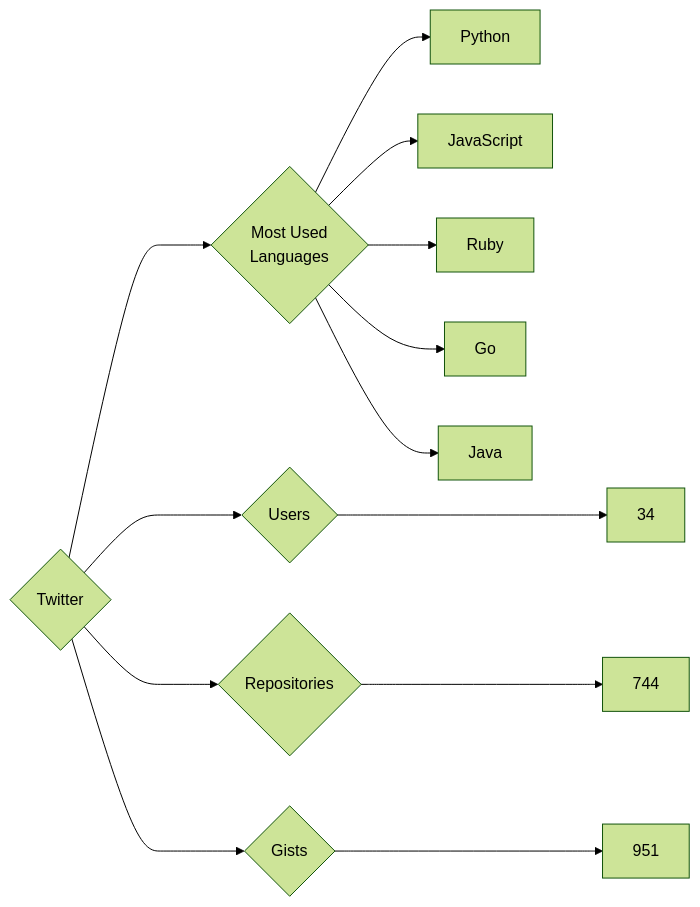
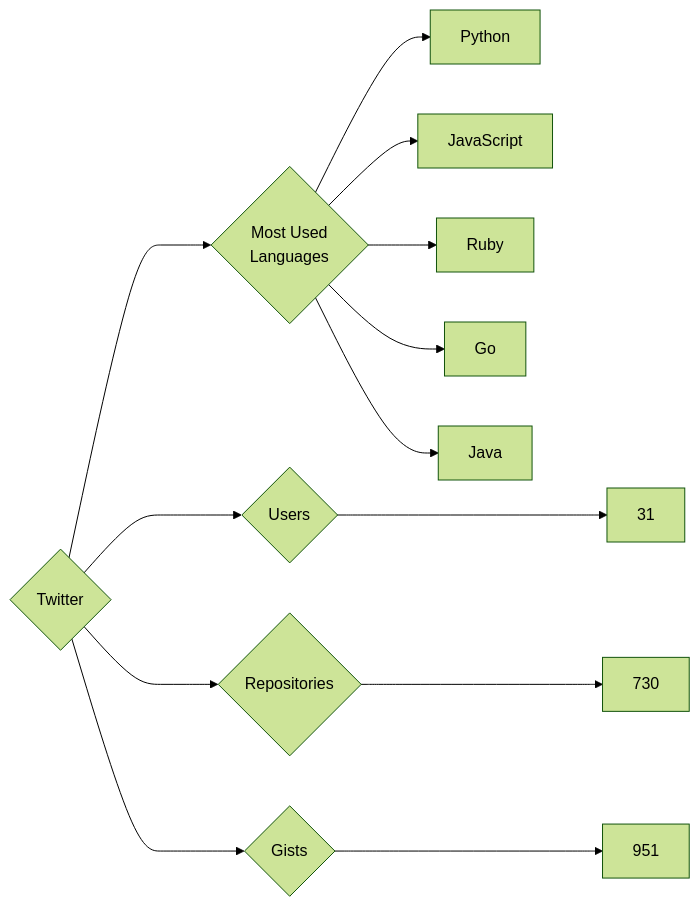
One commit to trickest/insiders changed the diagram in targets/Twitter/README.md. Above: the diagram before and after it, drawn with Mermaid (forest theme). The commit also changed 765 other files, not shown here.

````diff
--- a/targets/Twitter/README.md
+++ b/targets/Twitter/README.md
@@ -3,13 +3,13 @@
 ```mermaid
 graph LR
 COMPANY_NAME{Twitter}
-COMPANY_NAME ---> U{Users} ---> UN[34]
-COMPANY_NAME ---> R{Repositories} ---> RN[744]
+COMPANY_NAME ---> U{Users} ---> UN[31]
+COMPANY_NAME ---> R{Repositories} ---> RN[730]
 COMPANY_NAME ---> G{Gists} ---> GN[951]
 COMPANY_NAME ---> ML{Most Used<br>Languages}
 ML --> Python[Python]
 ML --> JavaScript[JavaScript]
 ML --> Ruby[Ruby]
 ML --> Go[Go]
 ML --> Java[Java]
 ```
````
